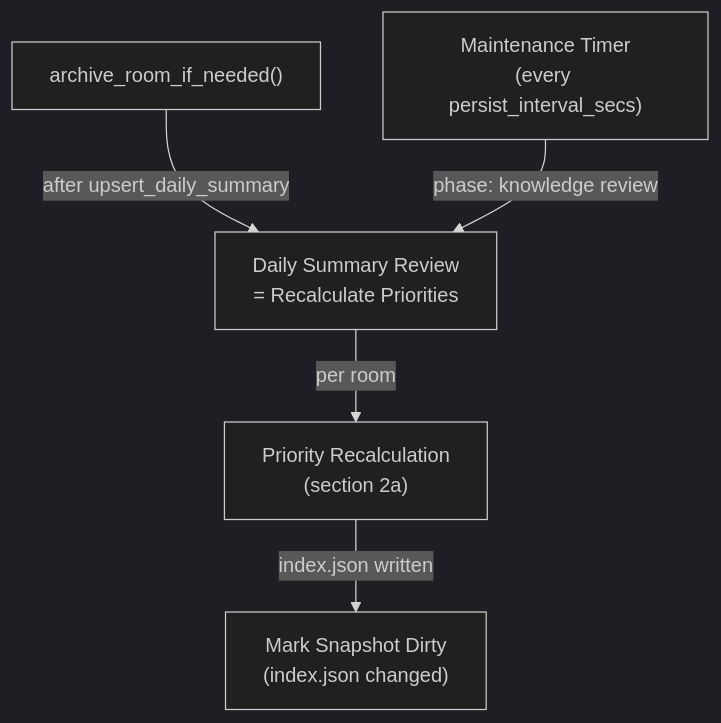
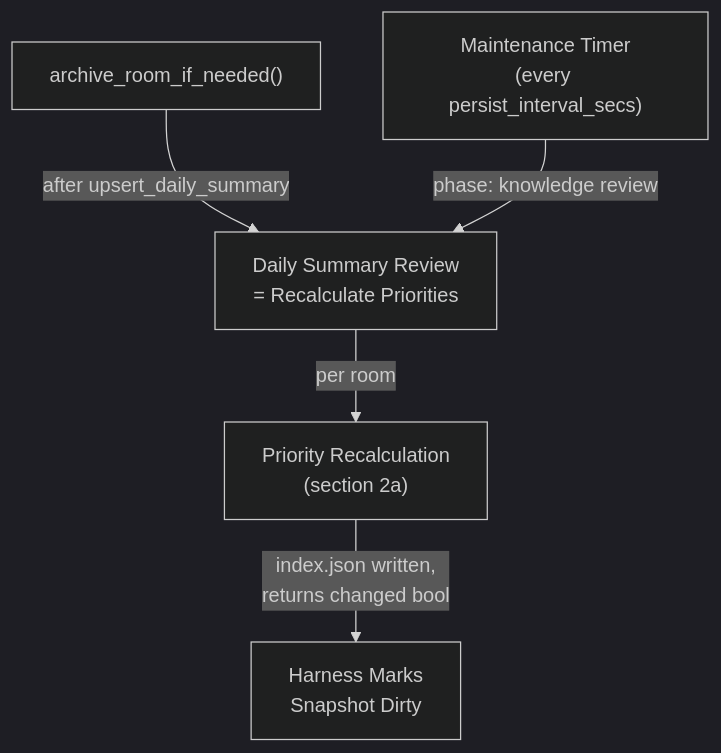
Before and after one commit to cosmoswafer/rockbot: the fourth of 5 diagrams in _dfds/base/knowledge-priority.md, drawn with Mermaid (dark theme). The commit also changed other lines of this file and 4 other files, not shown here.

````diff
--- a/_dfds/base/knowledge-priority.md
+++ b/_dfds/base/knowledge-priority.md
@@ -183,13 +180,13 @@
 ```mermaid
 flowchart TD
     ARCHIVE["archive_room_if_needed()"]
     TIMER["Maintenance Timer<br/>(every persist_interval_secs)"]
     REVIEW["Daily Summary Review<br/>= Recalculate Priorities"]
     RECALC["Priority Recalculation<br/>(section 2a)"]
-    MARK["Mark Snapshot Dirty<br/>(index.json changed)"]
+    MARK["Harness Marks<br/>Snapshot Dirty"]
 
     ARCHIVE -->|"after upsert_daily_summary"| REVIEW
     TIMER -->|"phase: knowledge review"| REVIEW
     REVIEW -->|"per room"| RECALC
-    RECALC -->|"index.json written"| MARK
+    RECALC -->|"index.json written,<br/>returns changed bool"| MARK
 ```
````
